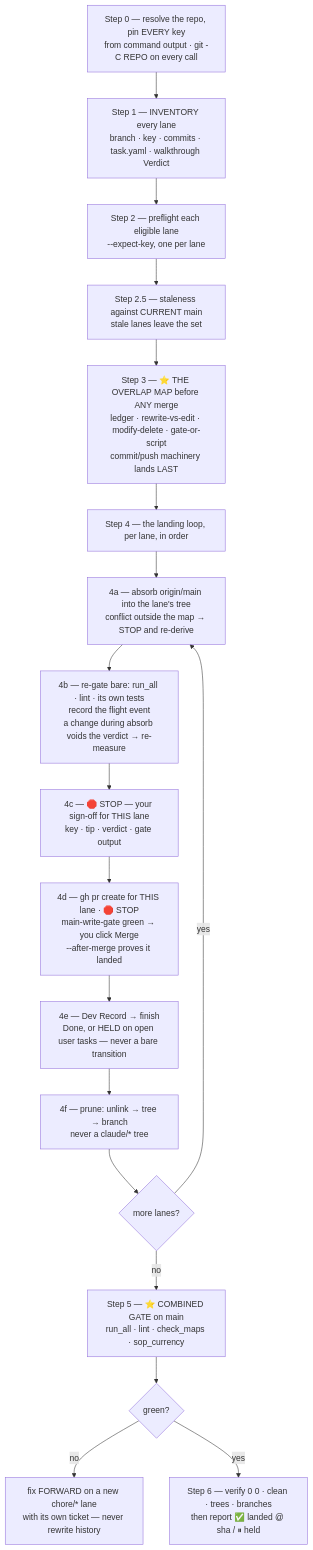
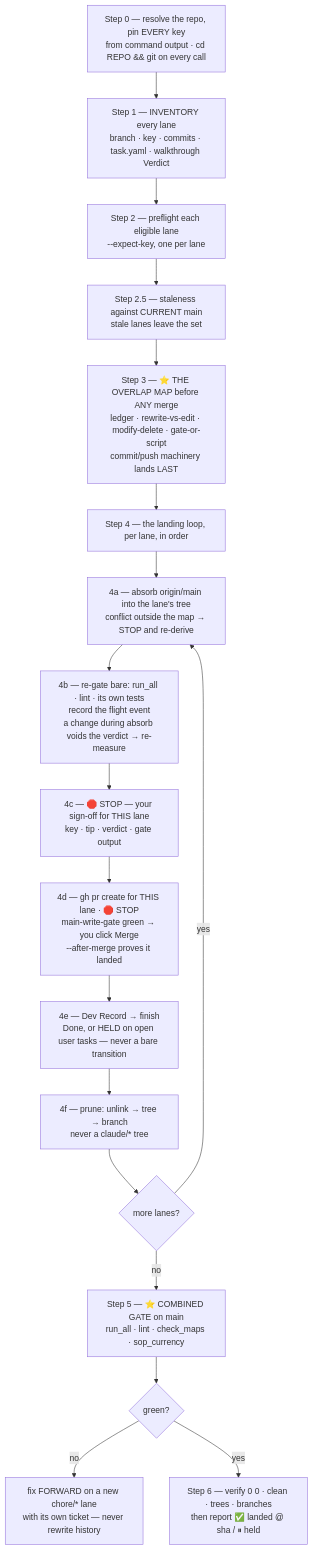
Diagram 37 of 45 in docs/_scc_sops_prds/workflows_testing_SOP.md (sudomadhatter/Sudo_Hatter_Command), drawn with Mermaid before and after one commit. The commit also changed other lines of this file and 4 other files, not shown here.

````diff
--- a/docs/_scc_sops_prds/workflows_testing_SOP.md
+++ b/docs/_scc_sops_prds/workflows_testing_SOP.md
@@ -3965,20 +3965,20 @@
 ```mermaid
 flowchart TD
-    S0["Step 0 — resolve the repo, pin EVERY key\nfrom command output · git -C REPO on every call"] --> S1["Step 1 — INVENTORY every lane\nbranch · key · commits · task.yaml · walkthrough Verdict"]
+    S0["Step 0 — resolve the repo, pin EVERY key\nfrom command output · cd REPO && git on every call"] --> S1["Step 1 — INVENTORY every lane\nbranch · key · commits · task.yaml · walkthrough Verdict"]
     S1 --> S2["Step 2 — preflight each eligible lane\n--expect-key, one per lane"]
     S2 --> S25["Step 2.5 — staleness against CURRENT main\nstale lanes leave the set"]
     S25 --> S3["Step 3 — ⭐ THE OVERLAP MAP before ANY merge\nledger · rewrite-vs-edit · modify-delete · gate-or-script\ncommit/push machinery lands LAST"]
     S3 --> L["Step 4 — the landing loop, per lane, in order"]
     L --> A["4a — absorb origin/main into the lane's tree\nconflict outside the map → STOP and re-derive"]
     A --> B["4b — re-gate bare: run_all · lint · its own tests\nrecord the flight event\na change during absorb voids the verdict → re-measure"]
     B --> C["4c — 🛑 STOP — your sign-off for THIS lane\nkey · tip · verdict · gate output"]
     C --> D["4d — gh pr create for THIS lane · 🛑 STOP\nmain-write-gate green → you click Merge\n--after-merge proves it landed"]
     D --> E["4e — Dev Record → finish\nDone, or HELD on open user tasks — never a bare transition"]
     E --> F["4f — prune: unlink → tree → branch\nnever a claude/* tree"]
     F --> MORE{"more lanes?"}
     MORE -- "yes" --> A
     MORE -- "no" --> S5["Step 5 — ⭐ COMBINED GATE on main\nrun_all · lint · check_maps · sop_currency"]
     S5 --> R{"green?"}
     R -- "no" --> FWD["fix FORWARD on a new chore/* lane\nwith its own ticket — never rewrite history"]
     R -- "yes" --> S6["Step 6 — verify 0 0 · clean · trees · branches\nthen report ✅ landed @ sha / ⏸ held"]
 ```
````
